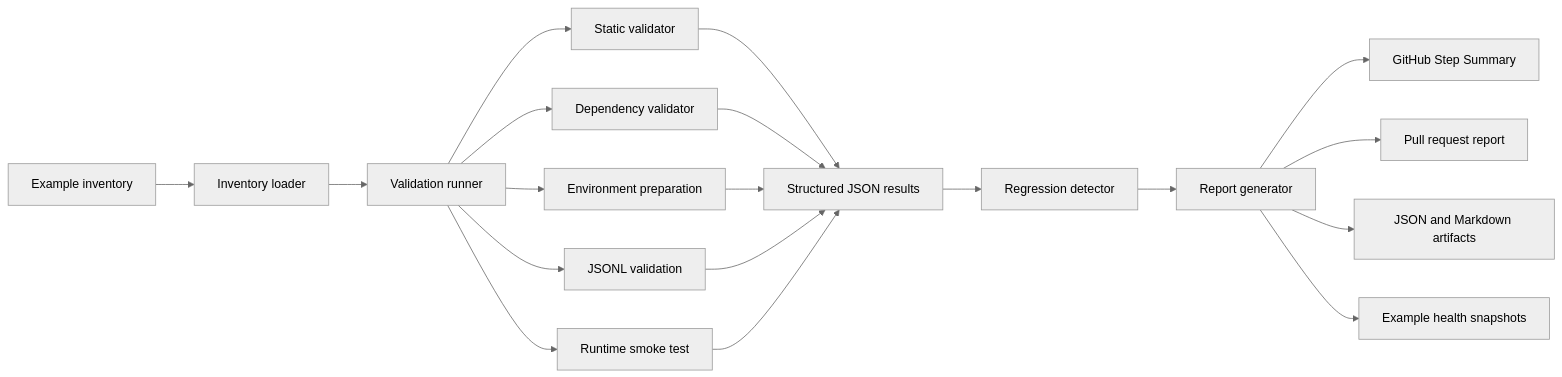
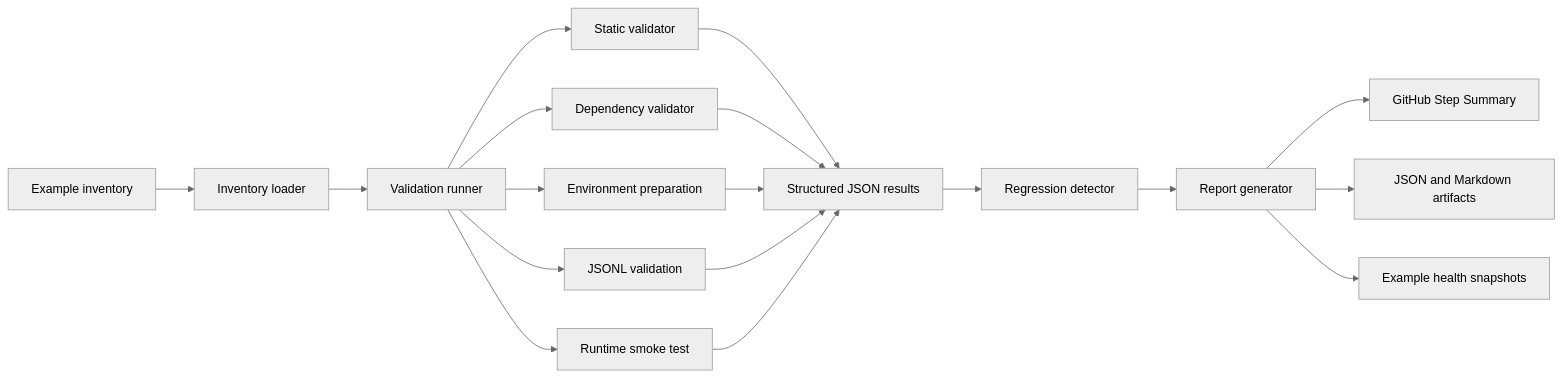
The first of 3 diagrams in .github/workflows/validator/README.md (ken6078/ianvs), drawn with Mermaid (neutral theme) before and after one commit. The commit also changed other lines of this file and 4 other files, not shown here.

````diff
--- a/.github/workflows/validator/README.md
+++ b/.github/workflows/validator/README.md
@@ -32,25 +32,24 @@
 ```mermaid
 flowchart LR
     Inventory[Example inventory] --> Loader[Inventory loader]
     Loader --> Runner[Validation runner]
 
     Runner --> Static[Static validator]
     Runner --> Dependency[Dependency validator]
     Runner --> Preparation[Environment preparation]
     Runner --> JSONL[JSONL validation]
     Runner --> Smoke[Runtime smoke test]
 
     Static --> Results[Structured JSON results]
     Dependency --> Results
     Preparation --> Results
     JSONL --> Results
     Smoke --> Results
 
     Results --> Regression[Regression detector]
     Regression --> Reporter[Report generator]
 
     Reporter --> Summary[GitHub Step Summary]
-    Reporter --> Comment[Pull request report]
     Reporter --> Artifacts[JSON and Markdown artifacts]
     Reporter --> Health[Example health snapshots]
 ```
````
